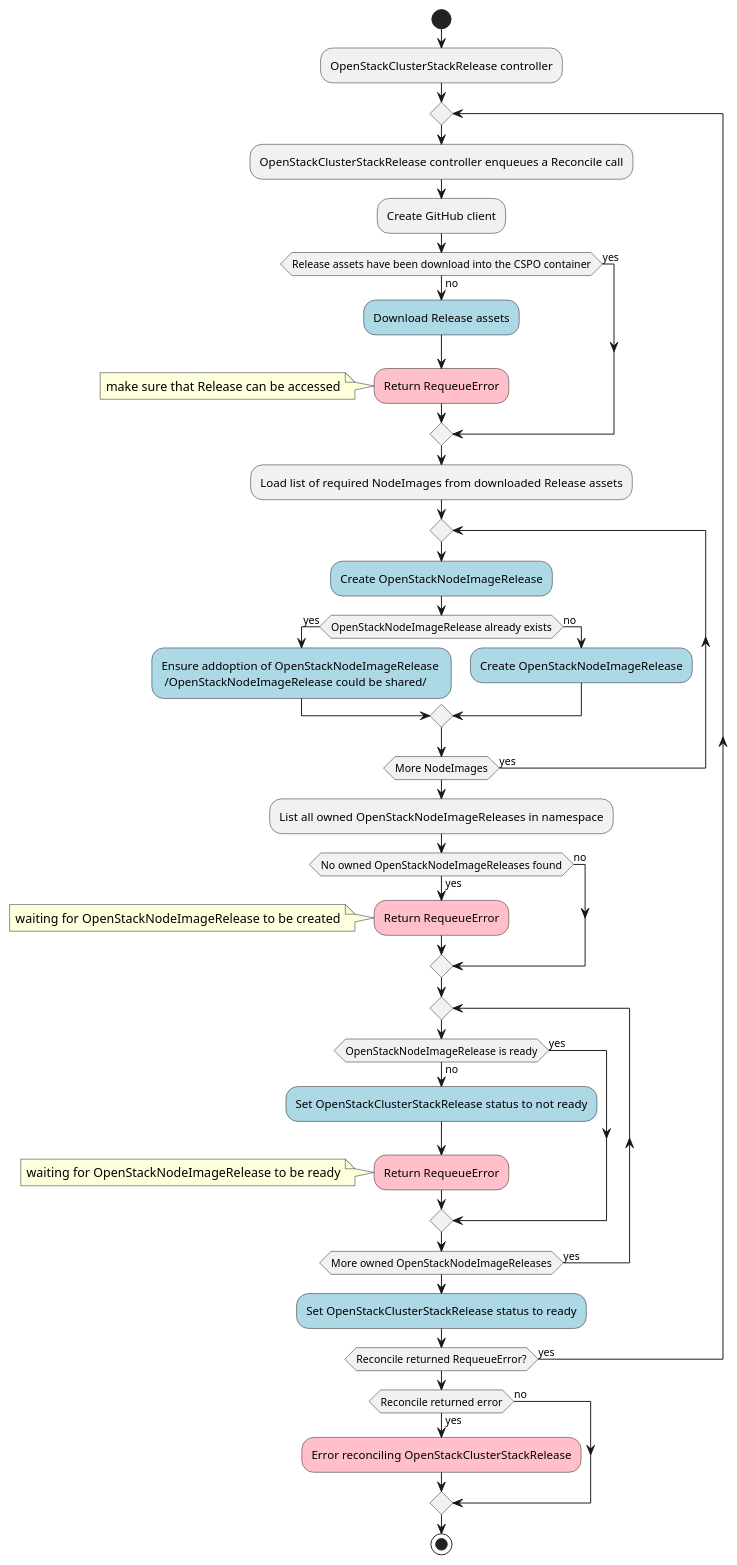
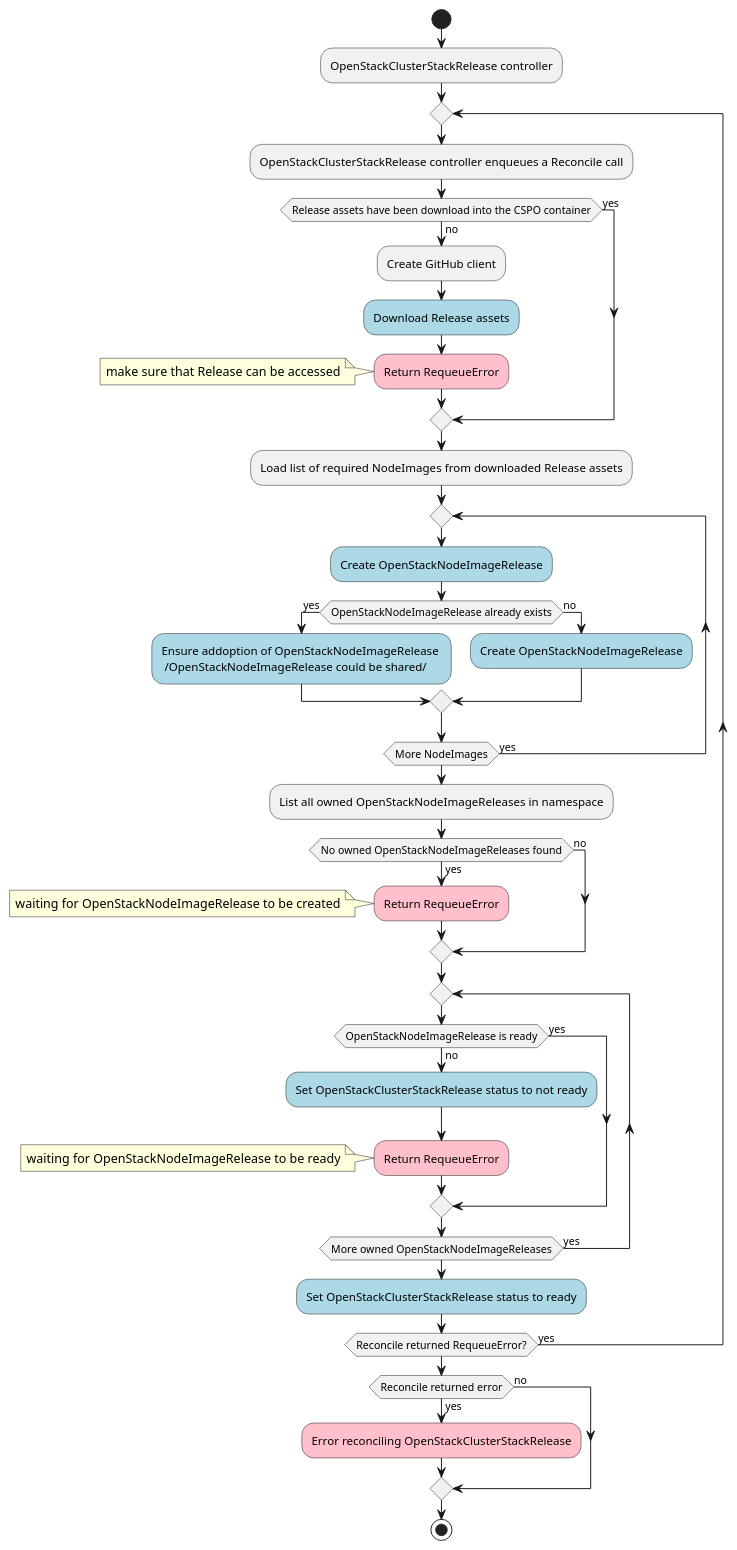
One commit to SovereignCloudStack/cluster-stack-provider-openstack changed the diagram in docs/images/openstackclusterstackrelease-controller.plantuml. Above: the diagram before and after it, drawn with PlantUML. The commit also changed 7 other files, not shown here.

```diff
--- a/docs/images/openstackclusterstackrelease-controller.plantuml
+++ b/docs/images/openstackclusterstackrelease-controller.plantuml
@@ -1,46 +1,46 @@
 @startuml openstack-clusterstack-release-controller
 
 start;
 :OpenStackClusterStackRelease controller;
 
 repeat
   :OpenStackClusterStackRelease controller enqueues a Reconcile call;
-  :Create GitHub client;
   if (Release assets have been download into the CSPO container) then (no)
+    :Create GitHub client;
     #LightBlue:Download Release assets;
     #Pink:Return RequeueError;
     note left: make sure that Release can be accessed
   else (yes)
   endif
   :Load list of required NodeImages from downloaded Release assets;
   repeat
     #LightBlue:Create OpenStackNodeImageRelease;
     if (OpenStackNodeImageRelease already exists) then (yes)
       #LightBlue:Ensure addoption of OpenStackNodeImageRelease \n /OpenStackNodeImageRelease could be shared/;
     else (no)
       #LightBlue:Create OpenStackNodeImageRelease;
     endif
   repeat while (More NodeImages) is (yes)
   :List all owned OpenStackNodeImageReleases in namespace;
   if (No owned OpenStackNodeImageReleases found) then (yes)
     #Pink:Return RequeueError;
     note left: waiting for OpenStackNodeImageRelease to be created
   else (no)
   endif
   repeat
     if (OpenStackNodeImageRelease is ready) then (yes)
     else (no)
       #LightBlue:Set OpenStackClusterStackRelease status to not ready;
       #Pink:Return RequeueError;
       note left: waiting for OpenStackNodeImageRelease to be ready
     endif
   repeat while (More owned OpenStackNodeImageReleases) is (yes)
   #LightBlue:Set OpenStackClusterStackRelease status to ready;
 repeat while (Reconcile returned RequeueError?) is (yes)
 if (Reconcile returned error) then (yes)
   #Pink:Error reconciling OpenStackClusterStackRelease;
 else (no)
 endif
 stop;
 
 @enduml
```
